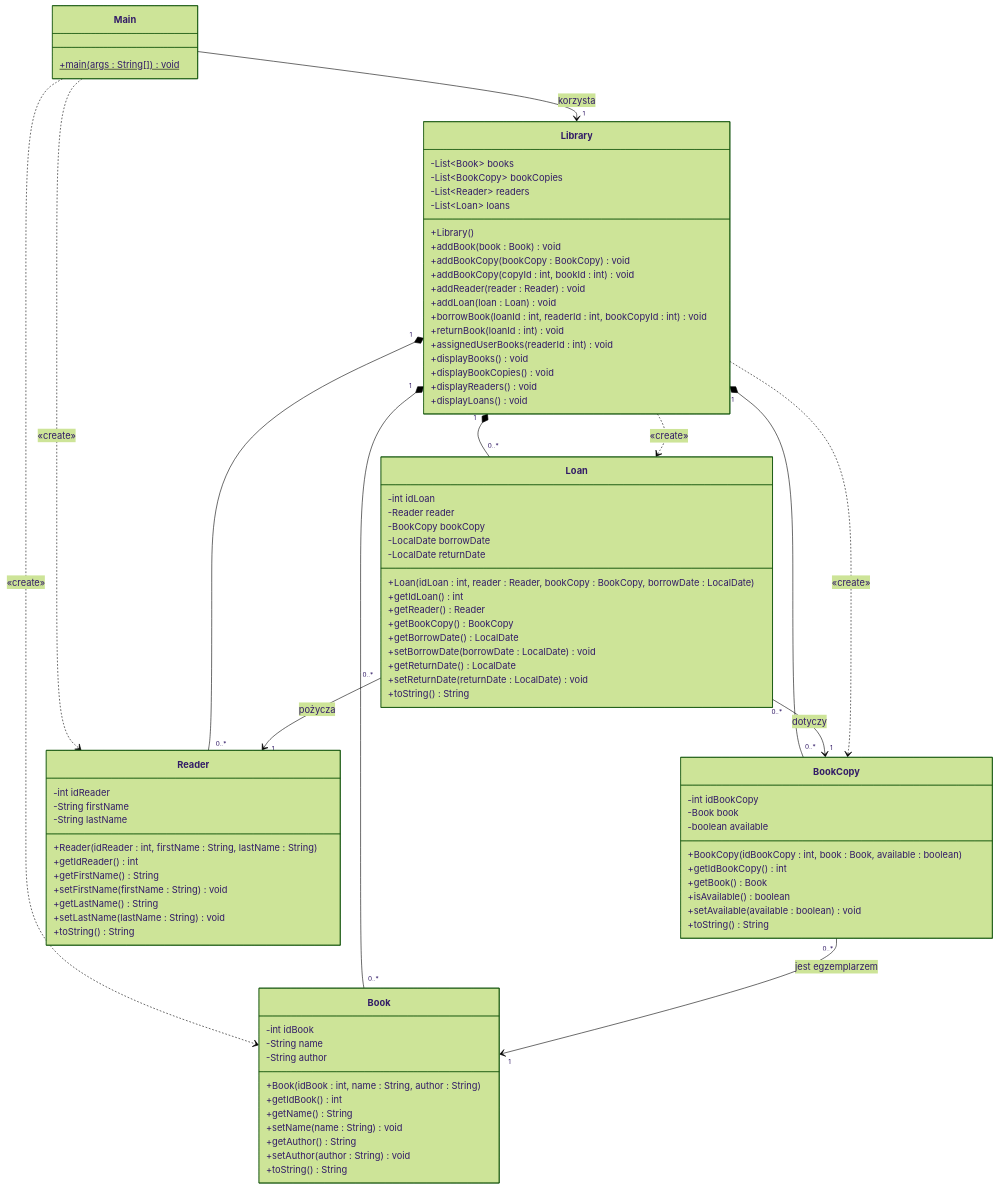
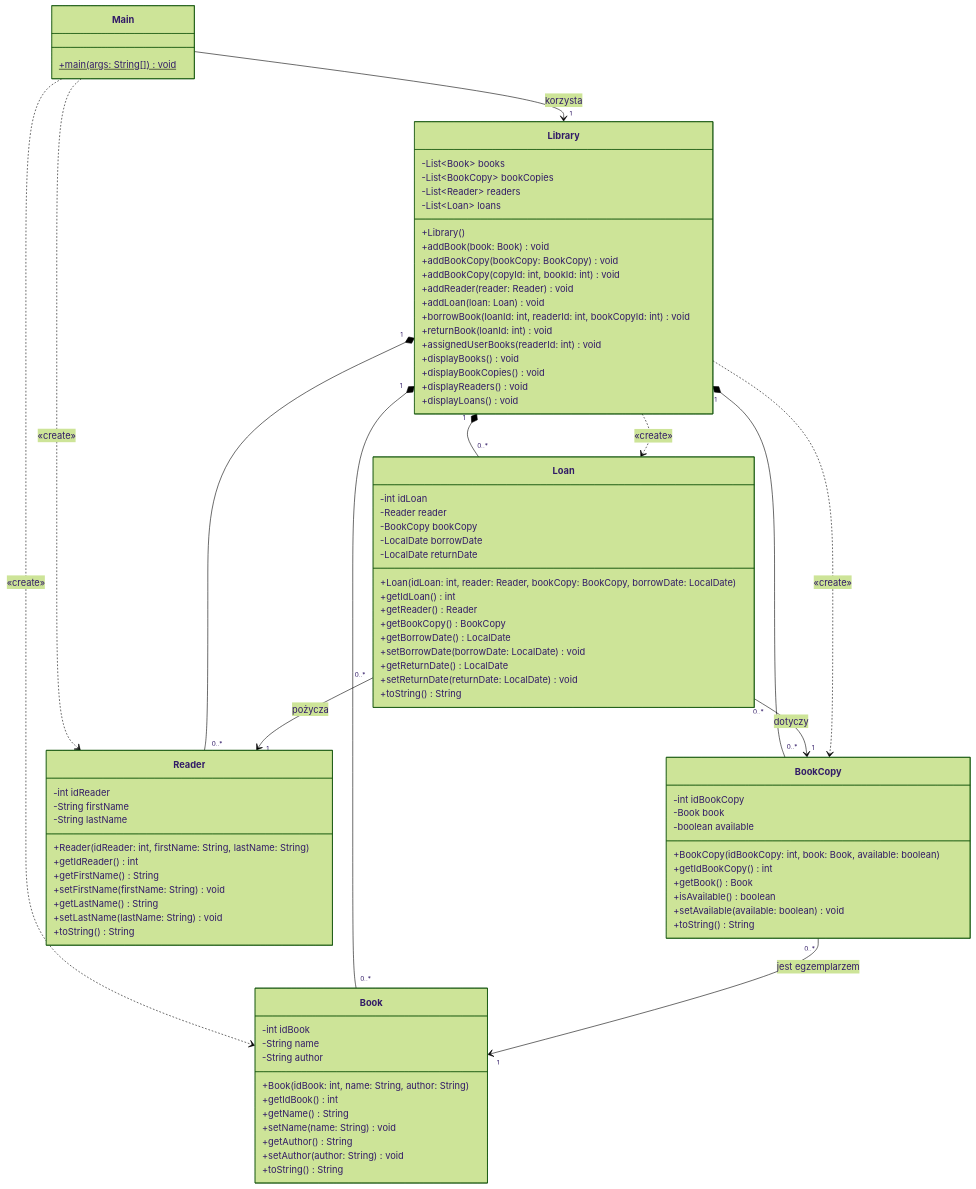
The diagram in src/main/java/org/example/diagram.mmd (kkresl/Java-Lab-2), drawn with Mermaid (forest theme) before and after one commit. The commit also changed 11 other files, not shown here.

```diff
--- a/src/main/java/org/example/diagram.mmd
+++ b/src/main/java/org/example/diagram.mmd
@@ -1,101 +1,98 @@
 classDiagram
     direction TB
 
     class Main {
-        +main(args : String[])$ void
+        +main(args: String[])$ void
     }
 
     class Library {
         -List~Book~ books
         -List~BookCopy~ bookCopies
         -List~Reader~ readers
         -List~Loan~ loans
         +Library()
-        +addBook(book : Book) void
-        +addBookCopy(bookCopy : BookCopy) void
-        +addBookCopy(copyId : int, bookId : int) void
-        +addReader(reader : Reader) void
-        +addLoan(loan : Loan) void
-        +borrowBook(loanId : int, readerId : int, bookCopyId : int) void
-        +returnBook(loanId : int) void
-        +assignedUserBooks(readerId : int) void
+        +addBook(book: Book) void
+        +addBookCopy(bookCopy: BookCopy) void
+        +addBookCopy(copyId: int, bookId: int) void
+        +addReader(reader: Reader) void
+        +addLoan(loan: Loan) void
+        +borrowBook(loanId: int, readerId: int, bookCopyId: int) void
+        +returnBook(loanId: int) void
+        +assignedUserBooks(readerId: int) void
         +displayBooks() void
         +displayBookCopies() void
         +displayReaders() void
         +displayLoans() void
     }
 
     class Book {
         -int idBook
         -String name
         -String author
-        +Book(idBook : int, name : String, author : String)
+        +Book(idBook: int, name: String, author: String)
         +getIdBook() int
         +getName() String
-        +setName(name : String) void
+        +setName(name: String) void
         +getAuthor() String
-        +setAuthor(author : String) void
+        +setAuthor(author: String) void
         +toString() String
     }
 
     class BookCopy {
         -int idBookCopy
         -Book book
         -boolean available
-        +BookCopy(idBookCopy : int, book : Book, available : boolean)
+        +BookCopy(idBookCopy: int, book: Book, available: boolean)
         +getIdBookCopy() int
         +getBook() Book
         +isAvailable() boolean
-        +setAvailable(available : boolean) void
+        +setAvailable(available: boolean) void
         +toString() String
     }
 
     class Reader {
         -int idReader
         -String firstName
         -String lastName
-        +Reader(idReader : int, firstName : String, lastName : String)
+        +Reader(idReader: int, firstName: String, lastName: String)
         +getIdReader() int
         +getFirstName() String
-        +setFirstName(firstName : String) void
+        +setFirstName(firstName: String) void
         +getLastName() String
-        +setLastName(lastName : String) void
+        +setLastName(lastName: String) void
         +toString() String
     }
 
     class Loan {
         -int idLoan
         -Reader reader
         -BookCopy bookCopy
         -LocalDate borrowDate
         -LocalDate returnDate
-        +Loan(idLoan : int, reader : Reader, bookCopy : BookCopy, borrowDate : LocalDate)
+        +Loan(idLoan: int, reader: Reader, bookCopy: BookCopy, borrowDate: LocalDate)
         +getIdLoan() int
         +getReader() Reader
         +getBookCopy() BookCopy
         +getBorrowDate() LocalDate
-        +setBorrowDate(borrowDate : LocalDate) void
+        +setBorrowDate(borrowDate: LocalDate) void
         +getReturnDate() LocalDate
-        +setReturnDate(returnDate : LocalDate) void
+        +setReturnDate(returnDate: LocalDate) void
         +toString() String
     }
 
 %% Main korzysta z Library i tworzy obiekty Book oraz Reader
-    Main --> "1" Library : korzysta
-    Main ..> Book : «create»
-    Main ..> Reader : «create»
-
+    Main --> "1" Library: korzysta
+    Main ..> Book: «create»
+    Main ..> Reader: «create»
 %% Library zarządza (kompozycja) czterema listami obiektów
     Library "1" *-- "0..*" Book
     Library "1" *-- "0..*" BookCopy
     Library "1" *-- "0..*" Reader
     Library "1" *-- "0..*" Loan
-
 %% Asocjacje domenowe
-    BookCopy "0..*" --> "1" Book : jest egzemplarzem
-    Loan "0..*" --> "1" Reader : pożycza
-    Loan "0..*" --> "1" BookCopy : dotyczy
-
+    BookCopy "0..*" --> "1" Book: jest egzemplarzem
+    Loan "0..*" --> "1" Reader: pożycza
+    Loan "0..*" --> "1" BookCopy: dotyczy
 %% Library tworzy Loan w borrowBook() i BookCopy w addBookCopy(int,int)
-    Library ..> Loan : «create»
-    Library ..> BookCopy : «create»
+    Library ..> Loan: «create»
+    Library ..> BookCopy: «create»
```
